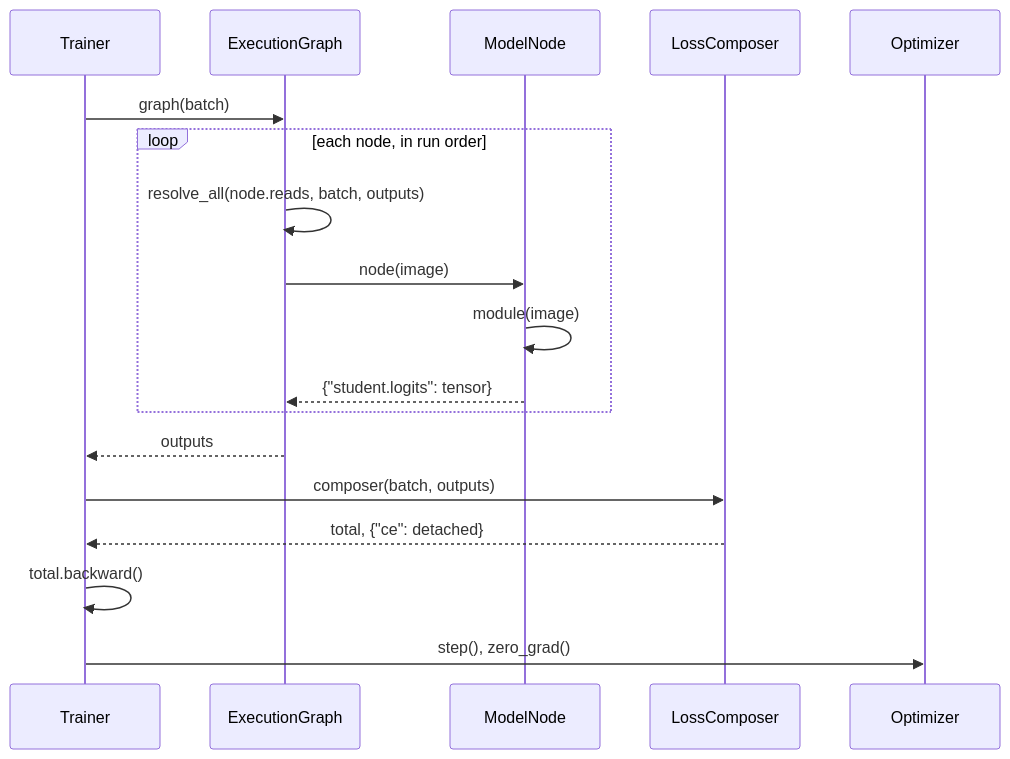
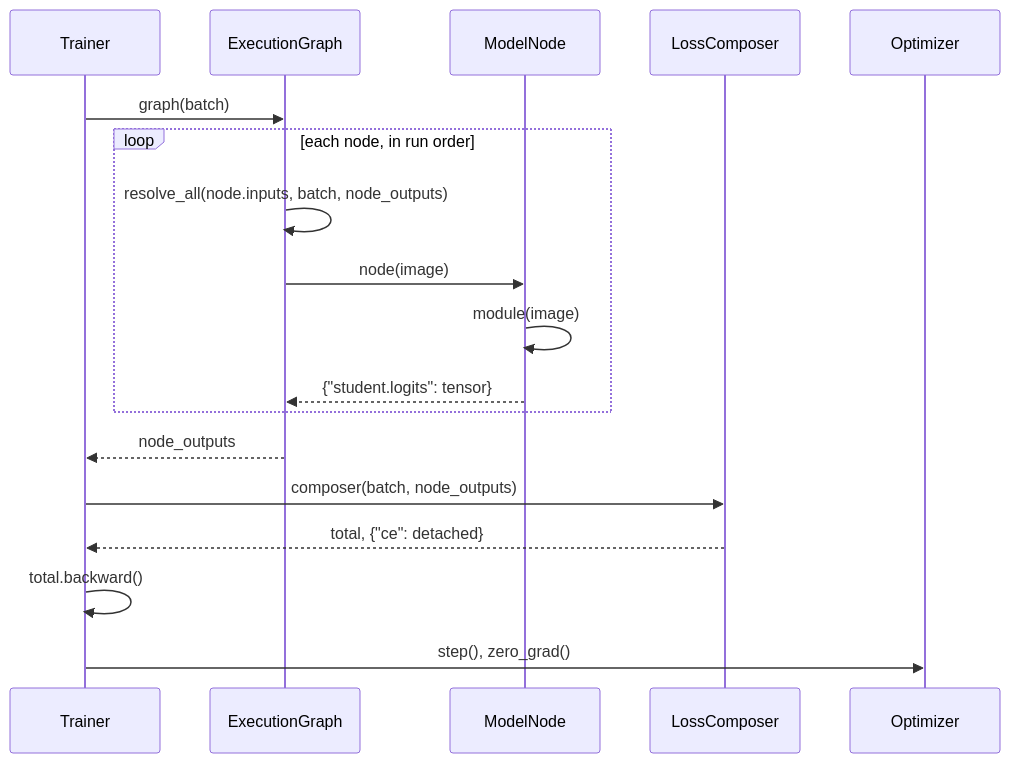
The fourth of 6 diagrams in PLAN.md (tile-and-error/imagenet-classification), drawn with Mermaid before and after one commit. The commit also changed other lines of this file and 28 other files, not shown here.

````diff
--- a/PLAN.md
+++ b/PLAN.md
@@ -298,20 +286,20 @@
 ```mermaid
 sequenceDiagram
     participant T as Trainer
     participant G as ExecutionGraph
     participant N as ModelNode
     participant C as LossComposer
     participant O as Optimizer
     T->>G: graph(batch)
     loop each node, in run order
-        G->>G: resolve_all(node.reads, batch, outputs)
+        G->>G: resolve_all(node.inputs, batch, node_outputs)
         G->>N: node(image)
         N->>N: module(image)
         N-->>G: {"student.logits": tensor}
     end
-    G-->>T: outputs
-    T->>C: composer(batch, outputs)
+    G-->>T: node_outputs
+    T->>C: composer(batch, node_outputs)
     C-->>T: total, {"ce": detached}
     T->>T: total.backward()
     T->>O: step(), zero_grad()
 ```
````
